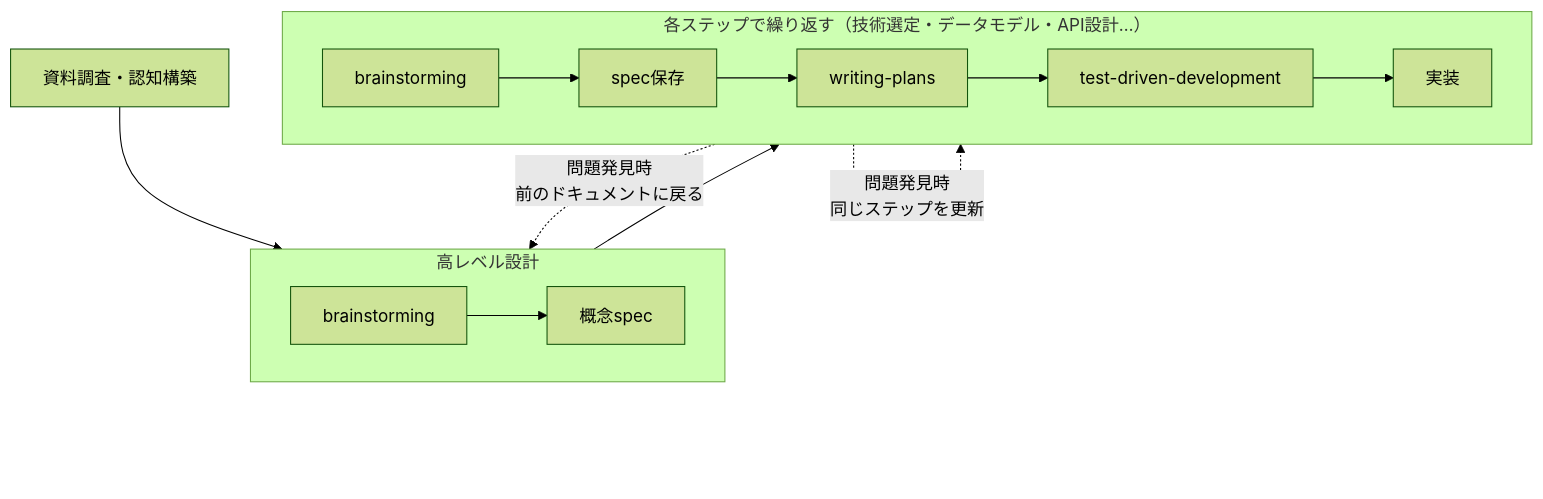
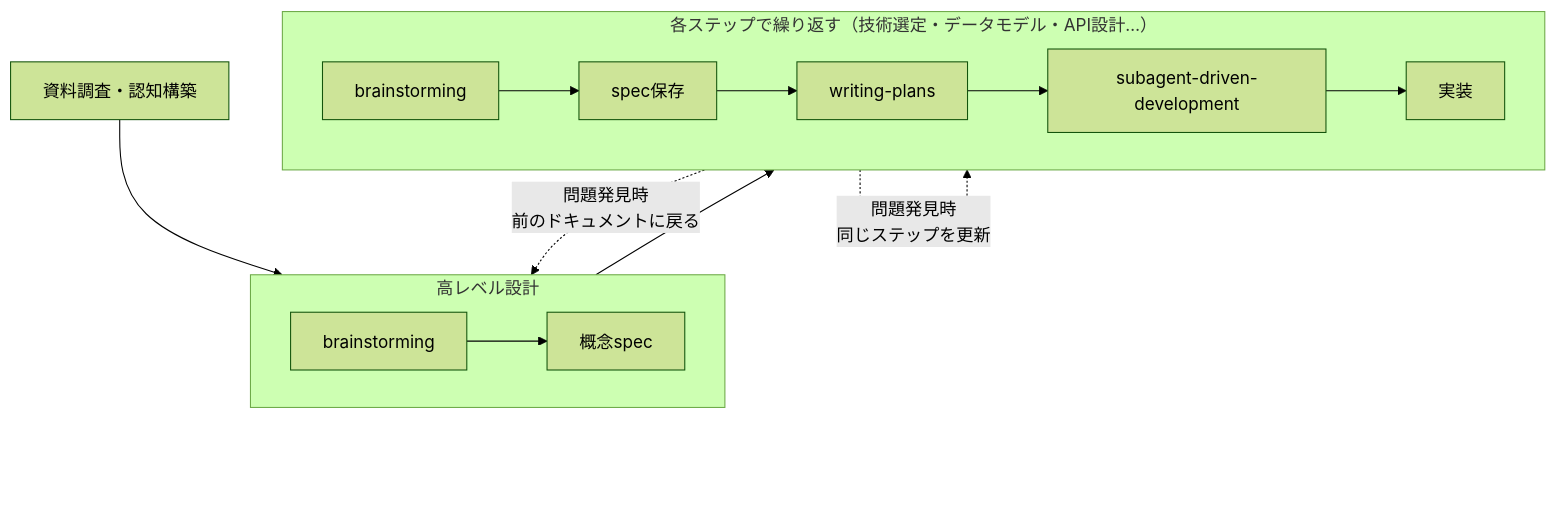
Before and after one commit to skywalker1991/presentation: the second of 2 diagrams in AI/Superpowers Skills 紹介.md, drawn with Mermaid (forest theme).

Commit message:
Change 'test-driven-development' to 'subagent-driven-development'

````diff
--- a/AI/Superpowers Skills 紹介.md
+++ b/AI/Superpowers Skills 紹介.md
@@ -37,18 +37,18 @@
 ```mermaid
 flowchart TD
     R["資料調査・認知構築"]
     R --> H
 
     subgraph H ["高レベル設計"]
         H1["brainstorming"] --> H2["概念spec"]
     end
 
     H --> T
 
     subgraph T ["各ステップで繰り返す（技術選定・データモデル・API設計…）"]
-        L1["brainstorming"] --> L2["spec保存"] --> L3["writing-plans"] --> L4["test-driven-development"] --> L5["実装"]
+        L1["brainstorming"] --> L2["spec保存"] --> L3["writing-plans"] --> L4["subagent-driven-development"] --> L5["実装"]
     end
 
     T -. "問題発見時\n前のドキュメントに戻る" .-> H
     T -. "問題発見時\n同じステップを更新" .-> T
 ```
````
